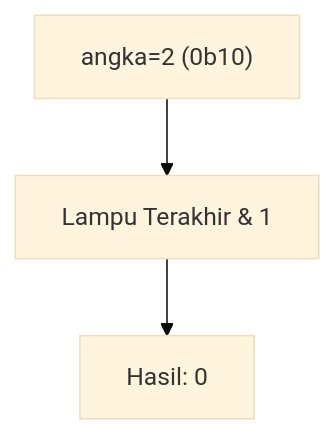
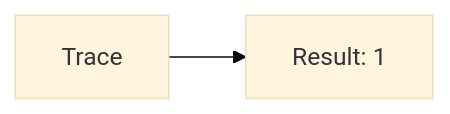
One commit to amnahwaida/OSNK_INF_PREP changed diagram 13 of 25 in part-c-pemahaman-cpp/06-bitwise/latihan/set-12.md. Above: the diagram before and after it, drawn with Mermaid (base theme). The commit also changed other lines of this file and 71 other files, not shown here.

````diff
--- a/part-c-pemahaman-cpp/06-bitwise/latihan/set-12.md
+++ b/part-c-pemahaman-cpp/06-bitwise/latihan/set-12.md
@@ -347,5 +274,4 @@
 ```mermaid
-graph TD
-A["angka=2 (0b10)"] --> B["Lampu Terakhir & 1"]
-B --> C["Hasil: 0"]
+graph LR
+A[Trace] --> B[Result: 1]
 ```
````
